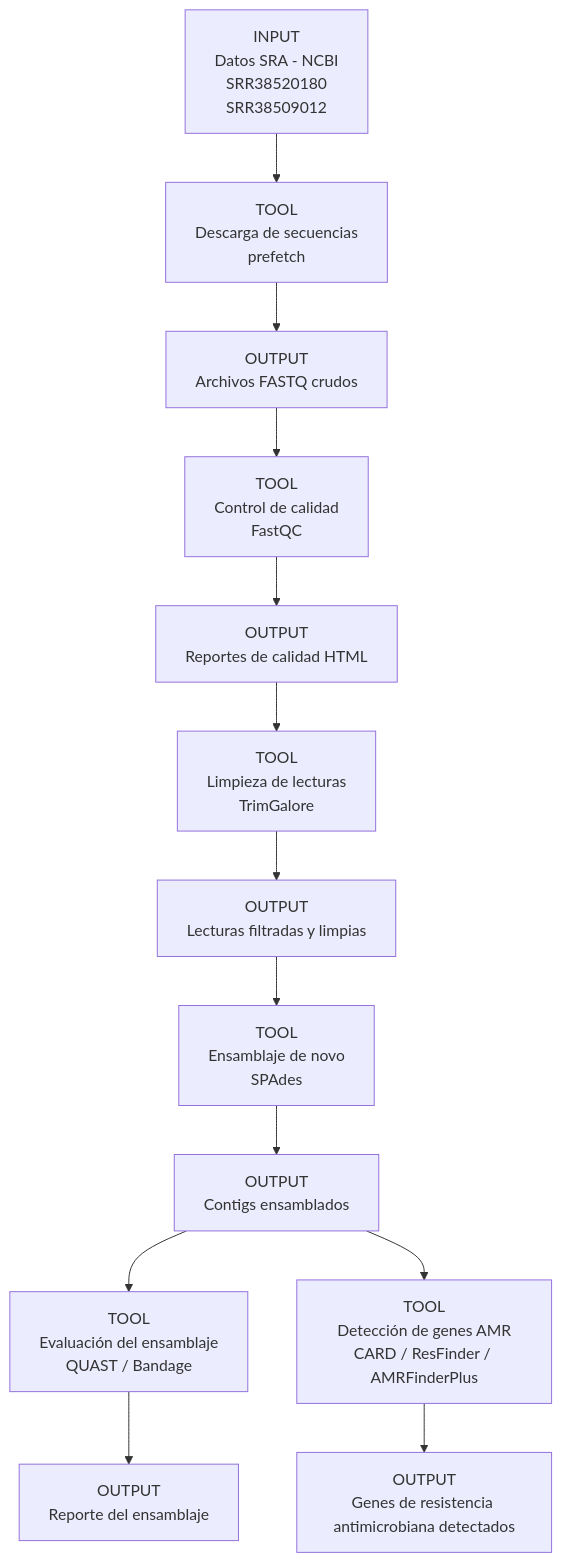
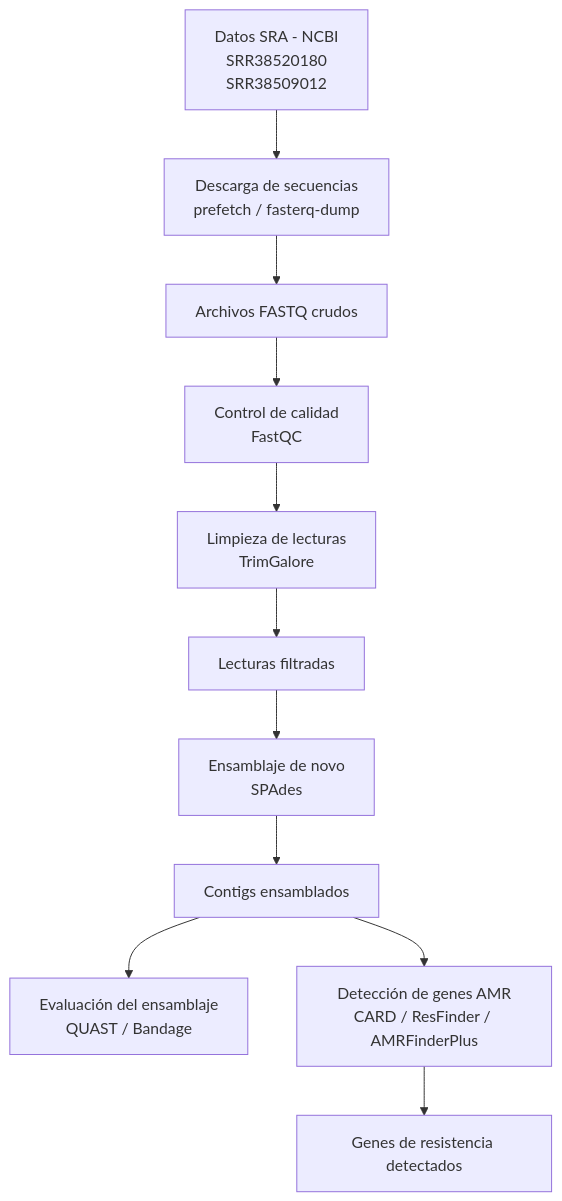
Before and after one commit to Gmorochoc3/MBM1: the diagram in README.md, drawn with Mermaid. The commit also changed other lines of this file, not shown here.

````diff
--- a/README.md
+++ b/README.md
@@ -49,35 +42,24 @@
 ```mermaid
 flowchart TD
 
-%% PASO 1
-A[INPUT<br/>Datos SRA - NCBI<br/>SRR38520180<br/>SRR38509012]
+A[Datos SRA - NCBI<br/>SRR38520180<br/>SRR38509012] --> B[Descarga de secuencias<br/>prefetch / fasterq-dump]
 
-A --> B[TOOL<br/>Descarga de secuencias<br/>prefetch]
+B --> C[Archivos FASTQ crudos]
 
-B --> C[OUTPUT<br/>Archivos FASTQ crudos]
+C --> D[Control de calidad<br/>FastQC]
 
-%% PASO 2
-C --> D[TOOL<br/>Control de calidad<br/>FastQC]
+D --> E[Limpieza de lecturas<br/>TrimGalore]
 
-D --> E[OUTPUT<br/>Reportes de calidad HTML]
+E --> F[Lecturas filtradas]
 
-%% PASO 3
-E --> F[TOOL<br/>Limpieza de lecturas<br/>TrimGalore]
+F --> G[Ensamblaje de novo<br/>SPAdes]
 
-F --> G[OUTPUT<br/>Lecturas filtradas y limpias]
+G --> H[Contigs ensamblados]
 
-%% PASO 4
-G --> H[TOOL<br/>Ensamblaje de novo<br/>SPAdes]
+H --> I[Evaluación del ensamblaje<br/>QUAST / Bandage]
 
-H --> I[OUTPUT<br/>Contigs ensamblados]
+H --> J[Detección de genes AMR<br/>CARD / ResFinder / AMRFinderPlus]
 
-%% PASO 5
-I --> J[TOOL<br/>Evaluación del ensamblaje<br/>QUAST / Bandage]
+J --> K[Genes de resistencia detectados]
 
-J --> K[OUTPUT<br/>Reporte del ensamblaje]
-
-%% PASO 6
-I --> L[TOOL<br/>Detección de genes AMR<br/>CARD / ResFinder / AMRFinderPlus]
-
-L --> M[OUTPUT<br/>Genes de resistencia antimicrobiana detectados]
 ```
````
